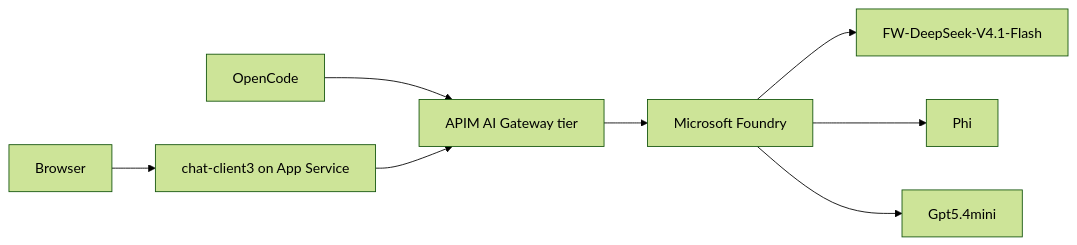
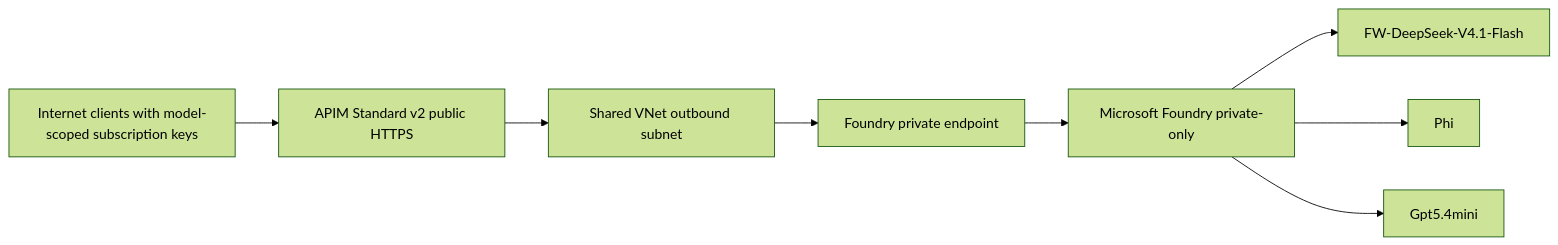
One commit to bulentozkir/msfoundry-LiteLLm changed the diagram in README.md. Above: the diagram before and after it, drawn with Mermaid (forest theme). The commit also changed other lines of this file and 23 other files, not shown here.

````diff
--- a/README.md
+++ b/README.md
@@ -5,10 +5,10 @@
 ```mermaid
 flowchart LR
-	U[Browser] --> C3[chat-client3 on App Service]
-	OC[OpenCode] --> A3[APIM AI Gateway tier]
-	C3 --> A3
-	A3 --> F[Microsoft Foundry]
+	U[Internet clients with model-scoped subscription keys] --> A3[APIM Standard v2 public HTTPS]
+	A3 --> V[Shared VNet outbound subnet]
+	V --> PE[Foundry private endpoint]
+	PE --> F[Microsoft Foundry private-only]
 	F --> D[FW-DeepSeek-V4.1-Flash]
 	F --> P[Phi]
 	F --> G[Gpt5.4mini]
 ```
````
